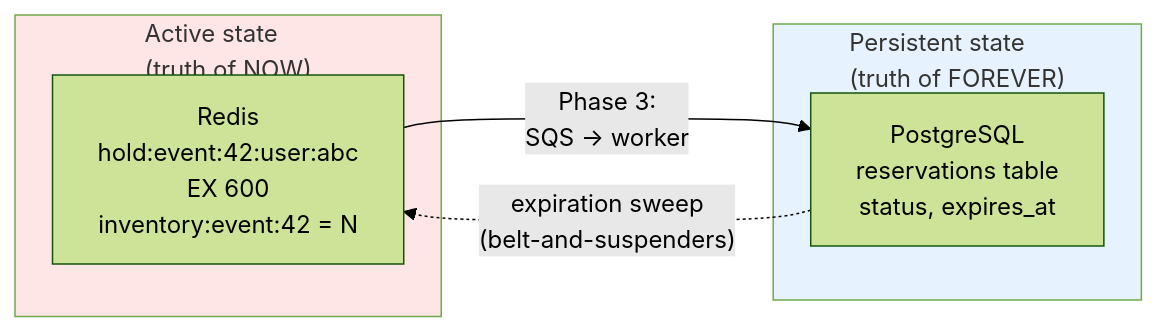
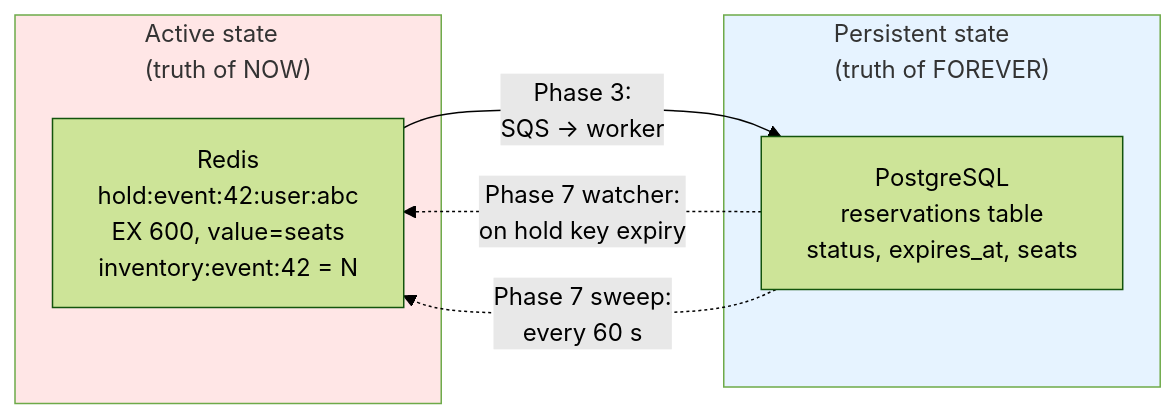
One commit to emmitt-k/ticket-deal changed the eighth of 11 diagrams in docs/architecture.md. Above: the diagram before and after it, drawn with Mermaid (forest theme). The commit also changed other lines of this file, not shown here.

First line of the commit message:
docs: rewrite architecture.md — refresh for Phases 5/6/7 + add File-by-File Reference

````diff
--- a/docs/architecture.md
+++ b/docs/architecture.md
@@ -378,16 +453,17 @@
 ```mermaid
 graph LR
     subgraph Active["Active state<br/>(truth of NOW)"]
-        R1["Redis<br/>hold:event:42:user:abc<br/>EX 600<br/>inventory:event:42 = N"]
+        R1["Redis<br/>hold:event:42:user:abc<br/>EX 600, value=seats<br/>inventory:event:42 = N"]
     end
 
     subgraph Persistent["Persistent state<br/>(truth of FOREVER)"]
-        R2["PostgreSQL<br/>reservations table<br/>status, expires_at"]
+        R2["PostgreSQL<br/>reservations table<br/>status, expires_at, seats"]
     end
 
     R1 -->|"Phase 3:<br/>SQS → worker"| R2
-    R2 -.->|"expiration sweep<br/>(belt-and-suspenders)"| R1
+    R2 -.->|"Phase 7 watcher:<br/>on hold key expiry"| R1
+    R2 -.->|"Phase 7 sweep:<br/>every 60 s"| R1
 
     style Active fill:#ffe6e6
     style Persistent fill:#e6f3ff
 ```
````
